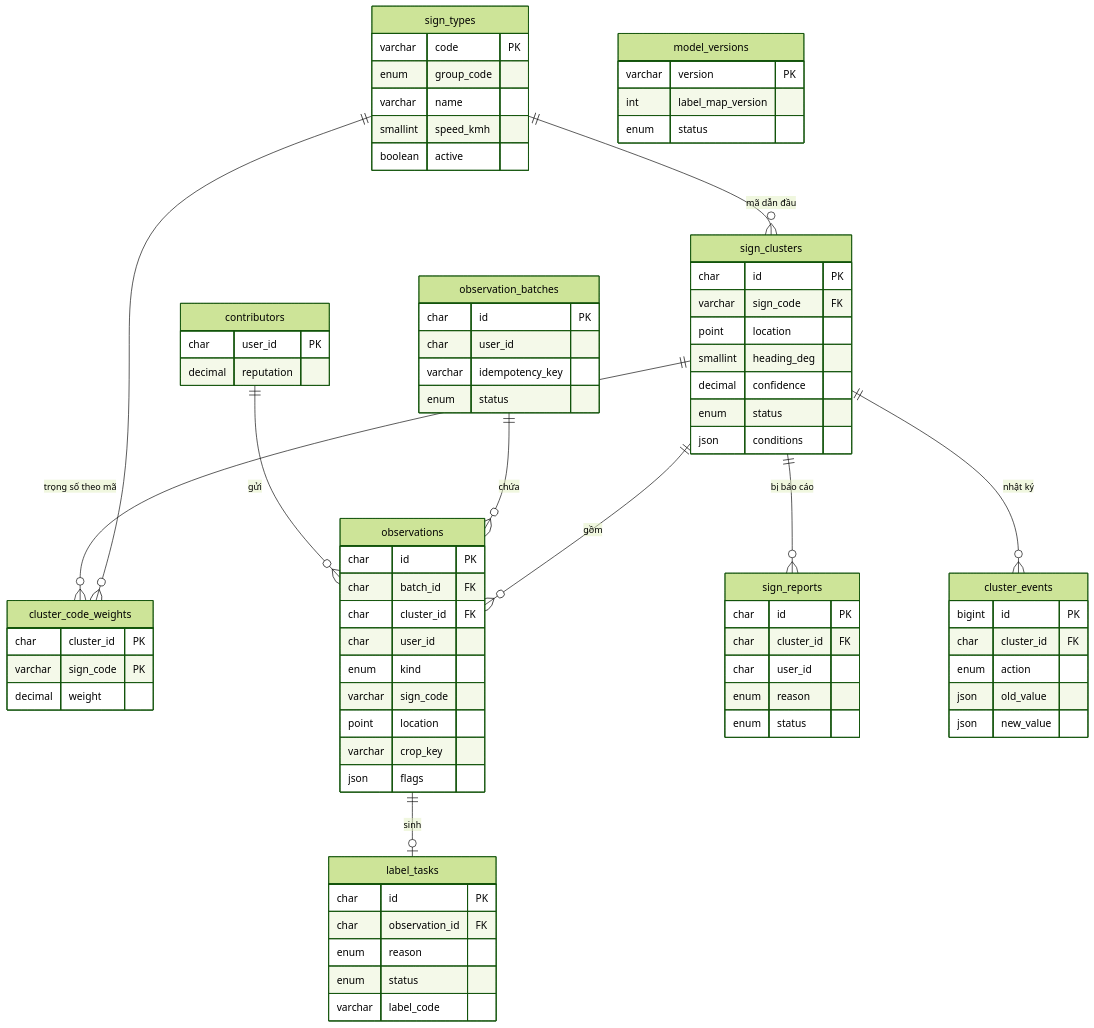
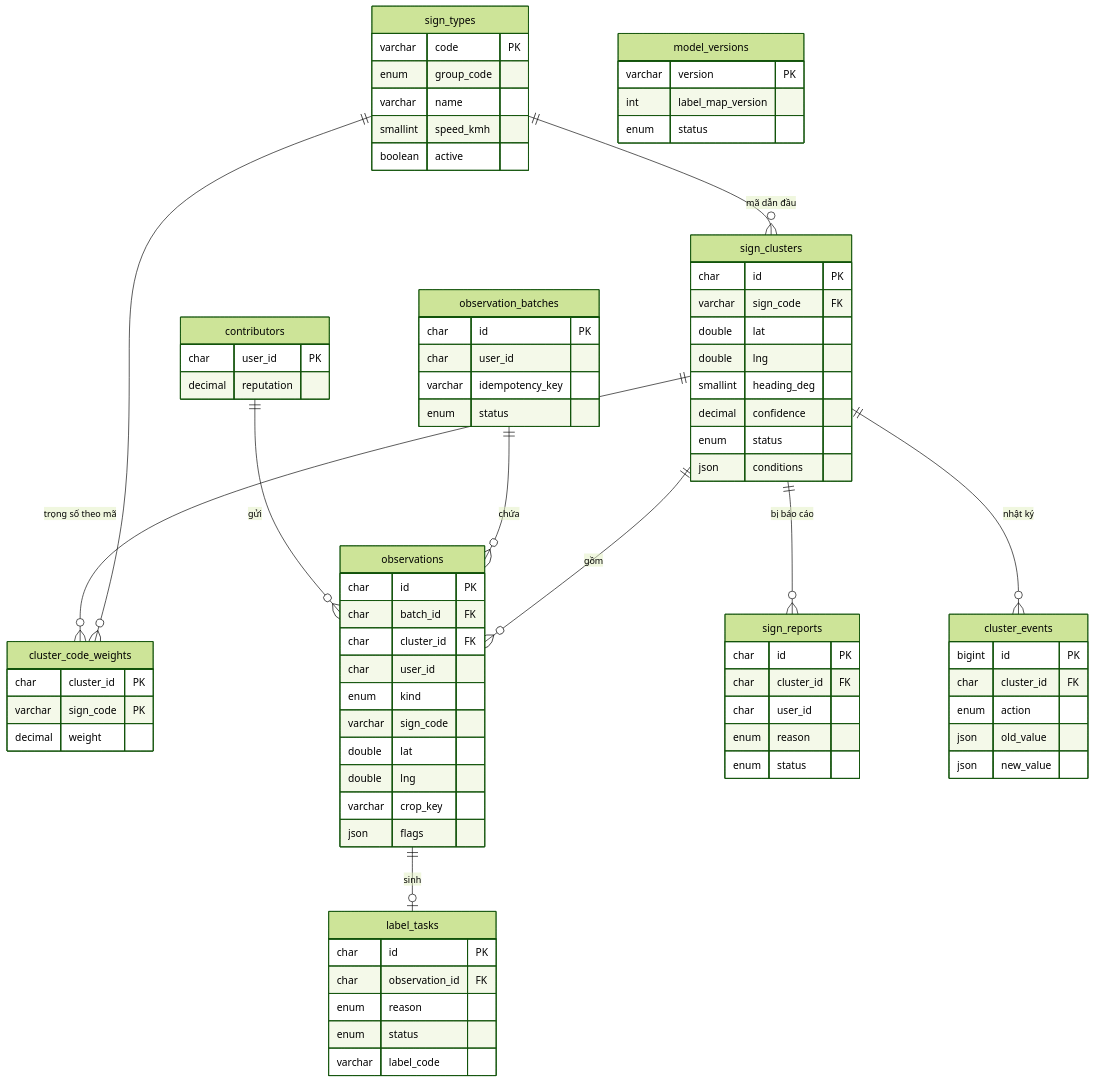
One commit to hana200804/DoAn changed the diagram in docs/06-co-so-du-lieu.md. Above: the diagram before and after it, drawn with Mermaid (forest theme). The commit also changed other lines of this file and 10 other files, not shown here.

```diff
--- a/docs/06-co-so-du-lieu.md
+++ b/docs/06-co-so-du-lieu.md
@@ -64,7 +65,8 @@
     sign_clusters {
         char id PK
         varchar sign_code FK
-        point location
+        double lat
+        double lng
         smallint heading_deg
         decimal confidence
         enum status
@@ -82,7 +84,8 @@
         char user_id
         enum kind
         varchar sign_code
-        point location
+        double lat
+        double lng
         varchar crop_key
         json flags
     }
```
